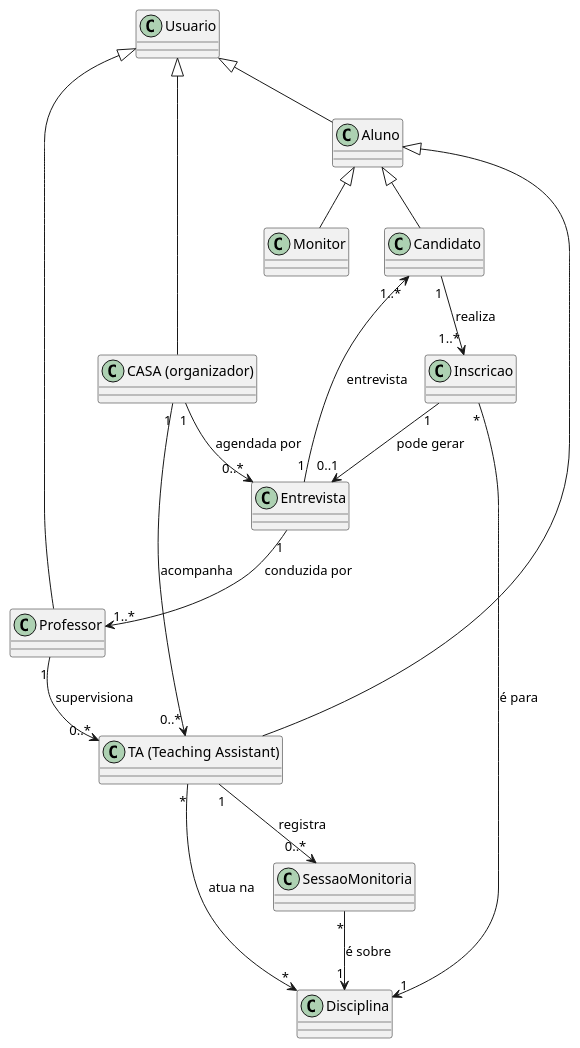
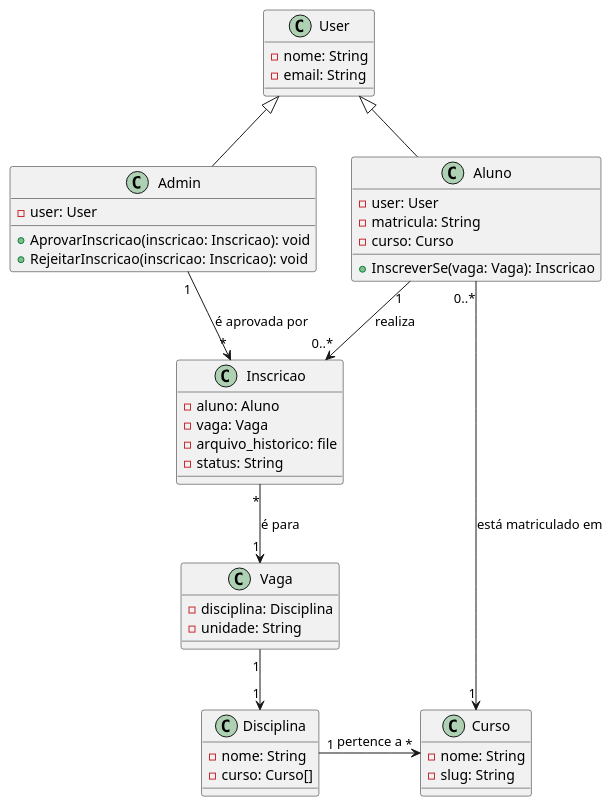
One commit to Projetos-de-Extensao/PBE_25.2_8004_Pioneiros changed the diagram in Elaboracao/diagramaDeClasses.puml. Above: the diagram before and after it, drawn with PlantUML. The commit also changed 55 other files, not shown here.

```diff
--- a/Elaboracao/diagramaDeClasses.puml
+++ b/Elaboracao/diagramaDeClasses.puml
@@ -1,43 +1,57 @@
 @startuml
 
 ' Definição das classes
-class Usuario
-class Aluno
-class Professor
-class "CASA (organizador)" as CASA
-class Candidato
-class Monitor
-class "TA (Teaching Assistant)" as TA
-class Disciplina
-class Inscricao
-class Entrevista
-class SessaoMonitoria
+class Curso {
+    - nome: String
+    - slug: String
+}
 
-' Relacionamentos de Herança (Generalização)
-' Um Aluno, Professor e CASA são tipos de Usuário.
-Usuario <|-- Aluno
-Usuario <|-- Professor
-Usuario <|-- CASA
+class Disciplina {
+    - nome: String
+    - curso: Curso[]
+}
 
-' Candidato, Monitor e TA são papéis/especializações de um Aluno.
-Aluno <|-- Candidato
-Aluno <|-- Monitor
-Aluno <|-- TA
+class Vaga {
+    - disciplina: Disciplina
+    - unidade: String
+}
 
-' Relacionamentos de Associação com Multiplicidade
-' O fluxo de inscrição e entrevista
-Candidato "1" --> "1..*" Inscricao : realiza
-Inscricao "*" --> "1" Disciplina : é para
-Inscricao "1" --> "0..1" Entrevista : pode gerar
-Entrevista "1" --> "1..*" Candidato : entrevista
-Entrevista "1" --> "1..*" Professor : conduzida por
-CASA "1" --> "0..*" Entrevista : agendada por
+class User {
+    - nome: String
+    - email: String
+}
+class Aluno {
+    - user: User
+    - matricula: String
+    - curso: Curso
 
-' O fluxo de monitoria e acompanhamento
-TA "*" --> "*" Disciplina : atua na
-TA "1" --> "0..*" SessaoMonitoria : registra
-SessaoMonitoria "*" --> "1" Disciplina : é sobre
-Professor "1" --> "0..*" TA : supervisiona
-CASA "1" --> "0..*" TA : acompanha
+    + InscreverSe(vaga: Vaga): Inscricao
+}
+
+class Inscricao {
+    - aluno: Aluno
+    - vaga: Vaga
+    - arquivo_historico: file
+    - status: String
+}
+
+class Admin {
+    - user: User
+
+    + AprovarInscricao(inscricao: Inscricao): void
+    + RejeitarInscricao(inscricao: Inscricao): void
+}
+
+User <|-down- Aluno
+User <|-down- Admin
+Aluno -[hidden]left- Admin
+
+Aluno "0..*" --> "1" Curso : está matriculado em
+Aluno "1" --> "0..*" Inscricao : realiza
+Disciplina "1" -right-> "*" Curso : pertence a
+Vaga "1" --> "1" Disciplina
+Inscricao "*" --> "1" Vaga : é para
+Inscricao "*" <-- "1" Admin : é aprovada por
+
 
 @enduml
```
